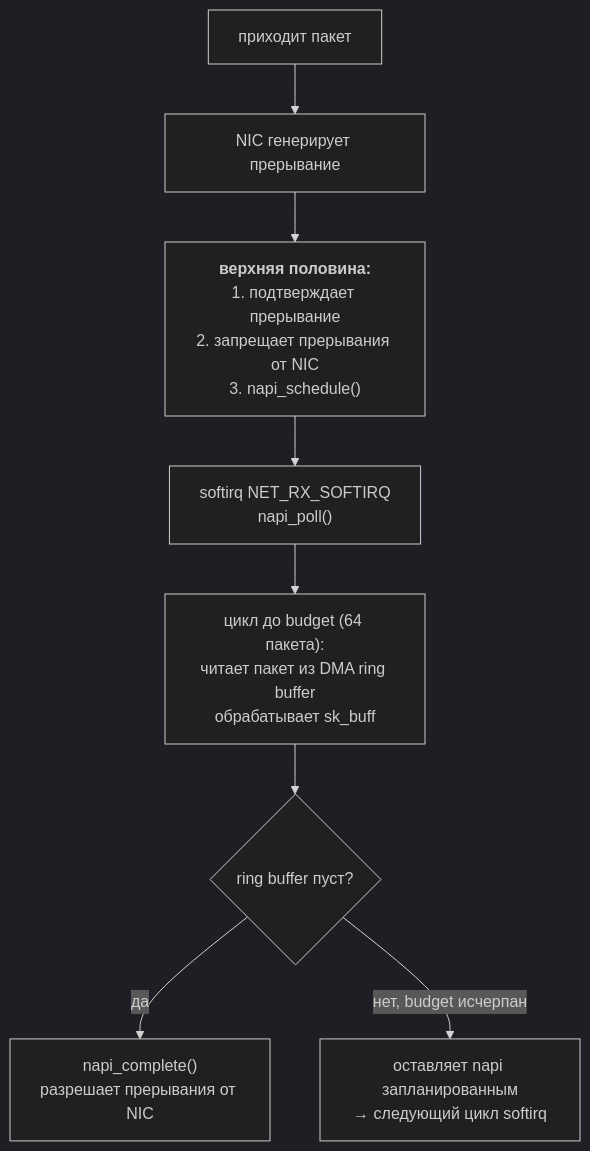
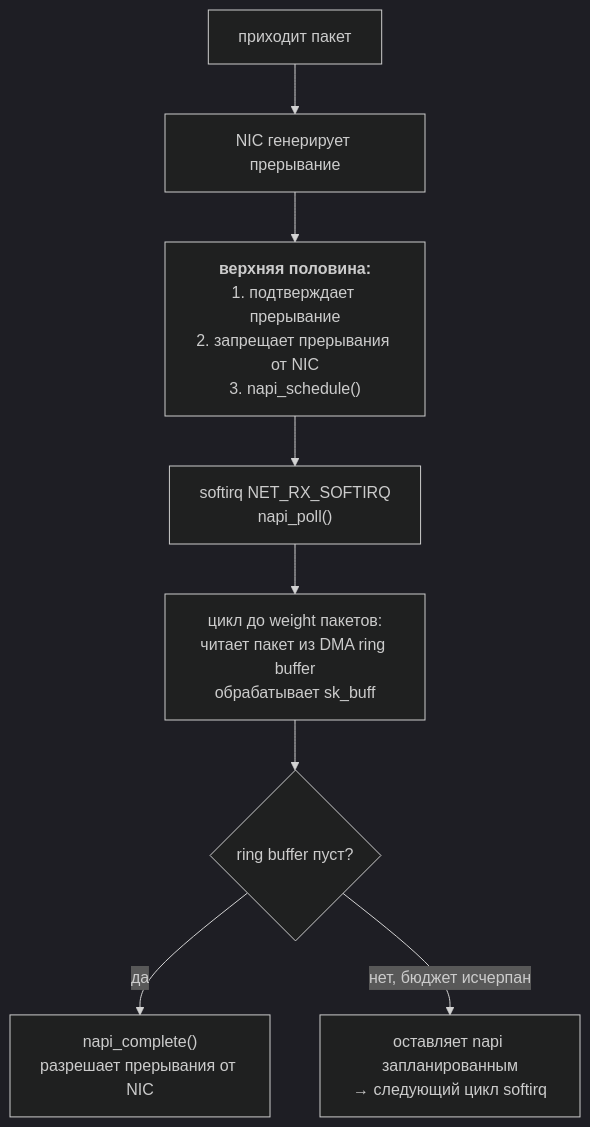
One commit to AlexeyMatskevich/cs-notes changed the first of 2 diagrams in linux/kernel/interrupts.md. Above: the diagram before and after it, drawn with Mermaid (dark theme). The commit also changed other lines of this file and 2 other files, not shown here.

````diff
--- a/linux/kernel/interrupts.md
+++ b/linux/kernel/interrupts.md
@@ -169,10 +206,10 @@
 ```mermaid
 flowchart TB
     Pkt["приходит пакет"] --> IRQ["NIC генерирует прерывание"]
     IRQ --> Top["<b>верхняя половина:</b><br>1. подтверждает прерывание<br>2. запрещает прерывания от NIC<br>3. napi_schedule()"]
     Top --> Soft["softirq NET_RX_SOFTIRQ<br>napi_poll()"]
-    Soft --> Loop["цикл до budget (64 пакета):<br>читает пакет из DMA ring buffer<br>обрабатывает sk_buff"]
+    Soft --> Loop["цикл до weight пакетов:<br>читает пакет из DMA ring buffer<br>обрабатывает sk_buff"]
     Loop --> Check{"ring buffer пуст?"}
     Check -->|"да"| Complete["napi_complete()<br>разрешает прерывания от NIC"]
-    Check -->|"нет, budget исчерпан"| Next["оставляет napi запланированным<br>→ следующий цикл softirq"]
+    Check -->|"нет, бюджет исчерпан"| Next["оставляет napi запланированным<br>→ следующий цикл softirq"]
 ```
````
